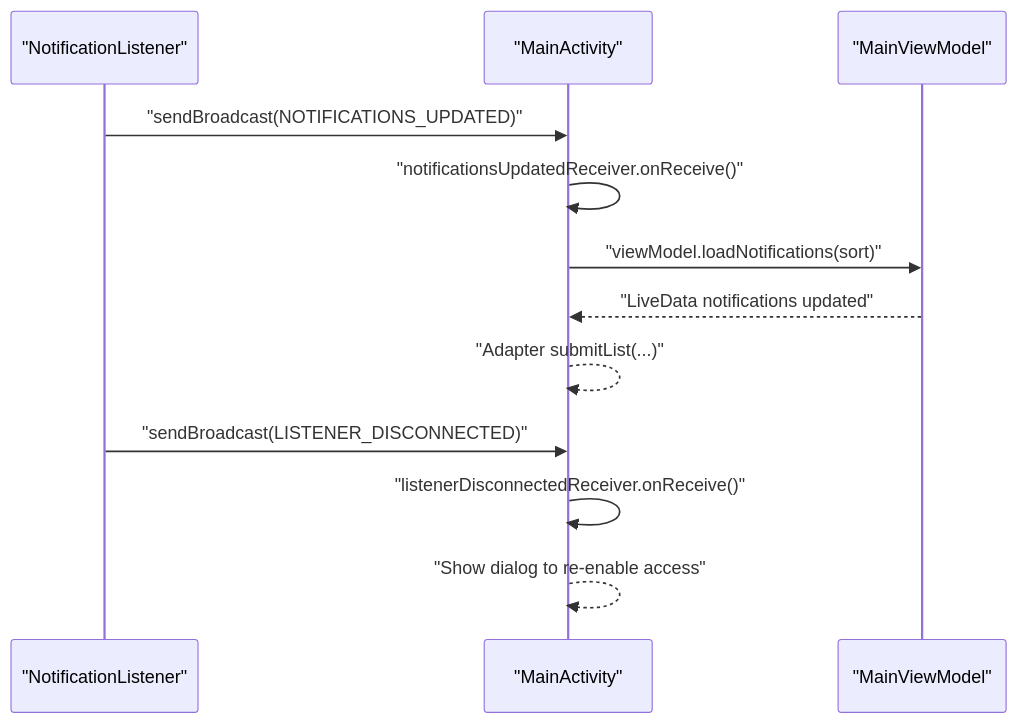
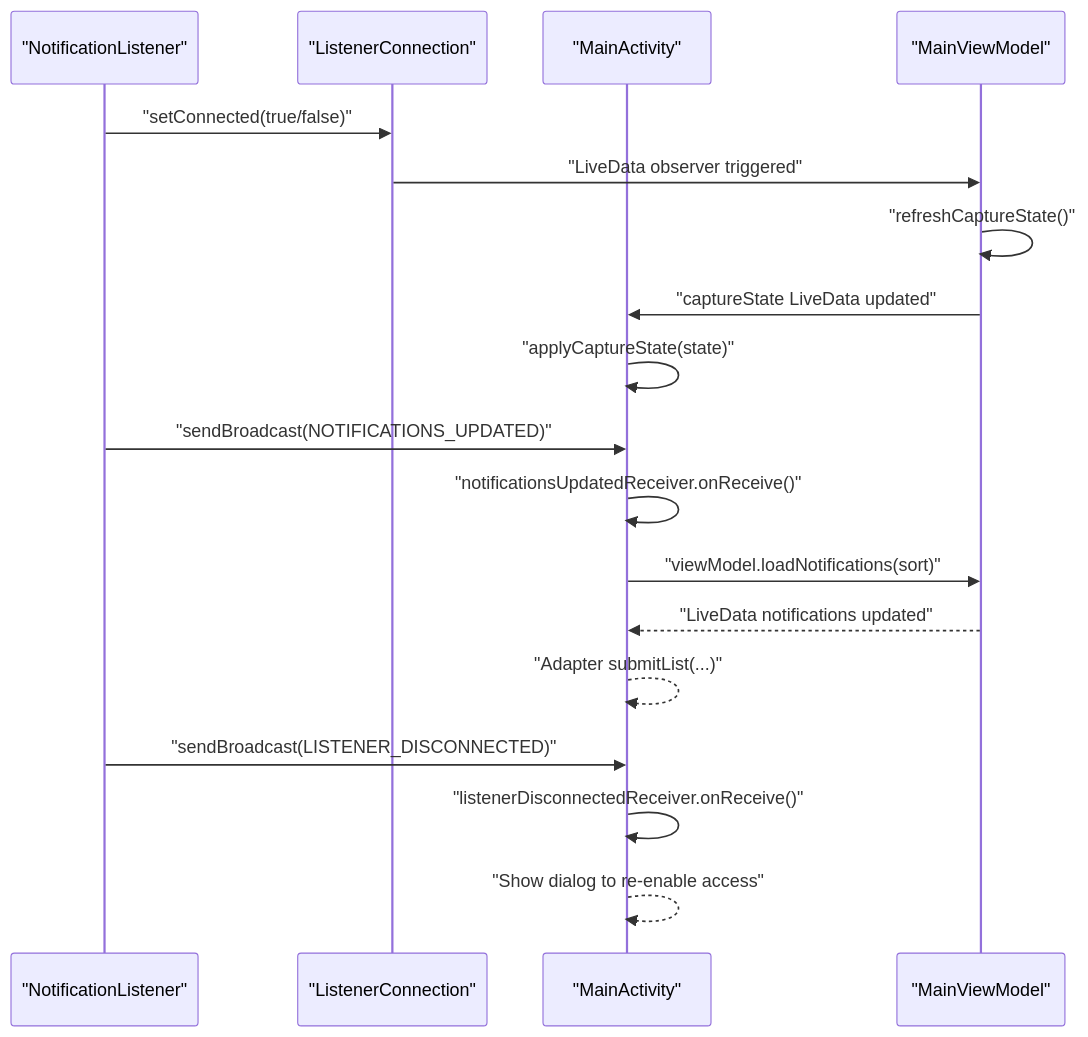
One commit to caldefoc/NotificationLog changed the fifth of 9 diagrams in .qoder/repowiki/en/content/API Reference/Service API.md. Above: the diagram before and after it, drawn with Mermaid. The commit also changed other lines of this file and 13 other files, not shown here.

Commit message:
docs(repowiki): regenerate the project wiki for 1.2  Adds Search and Bulk Operations under Core Features and splits the single Service Layer page into a directory with a Connection State Management child page. No content is dropped; the old flat page is superseded in place.

````diff
--- a/.qoder/repowiki/en/content/API Reference/Service API.md
+++ b/.qoder/repowiki/en/content/API Reference/Service API.md
@@ -226,14 +327,20 @@
 ```mermaid
 sequenceDiagram
 participant Service as "NotificationListener"
+participant Conn as "ListenerConnection"
 participant UI as "MainActivity"
 participant VM as "MainViewModel"
+Service->>Conn : "setConnected(true/false)"
+Conn->>VM : "LiveData observer triggered"
+VM->>VM : "refreshCaptureState()"
+VM->>UI : "captureState LiveData updated"
+UI->>UI : "applyCaptureState(state)"
 Service->>UI : "sendBroadcast(NOTIFICATIONS_UPDATED)"
 UI->>UI : "notificationsUpdatedReceiver.onReceive()"
 UI->>VM : "viewModel.loadNotifications(sort)"
 VM-->>UI : "LiveData notifications updated"
 UI-->>UI : "Adapter submitList(...)"
 Service->>UI : "sendBroadcast(LISTENER_DISCONNECTED)"
 UI->>UI : "listenerDisconnectedReceiver.onReceive()"
 UI-->>UI : "Show dialog to re-enable access"
 ```
````
